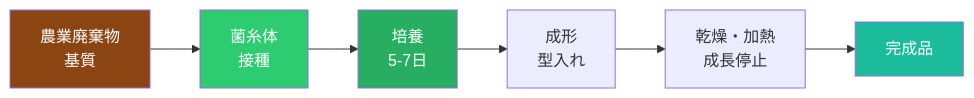
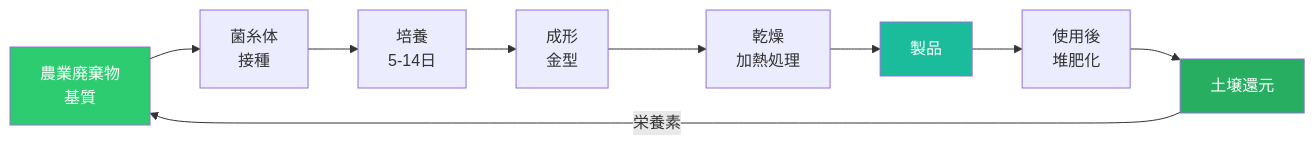
One commit to Hide-nu/Designer-curriculum changed the second of 3 diagrams in docs/books/06-sustainable-design/ch03-bio-design.md. Above: the diagram before and after it, drawn with Mermaid. The commit also changed other lines of this file and 13 other files, not shown here.

````diff
--- a/docs/books/06-sustainable-design/ch03-bio-design.md
+++ b/docs/books/06-sustainable-design/ch03-bio-design.md
@@ -68,13 +66,15 @@
 ```mermaid
 graph LR
     A[農業廃棄物<br/>基質] --> B[菌糸体<br/>接種]
-    B --> C[培養<br/>5-7日]
-    C --> D[成形<br/>型入れ]
-    D --> E[乾燥・加熱<br/>成長停止]
-    E --> F[完成品]
+    B --> C[培養<br/>5-14日]
+    C --> D[成形<br/>金型]
+    D --> E[乾燥<br/>加熱処理]
+    E --> F[製品]
+    F --> G[使用後<br/>堆肥化]
+    G --> H[土壌還元]
+    H -->|栄養素| A
 
-    style A fill:#8B4513,color:#fff
-    style B fill:#2ECC71,color:#fff
-    style C fill:#27AE60,color:#fff
+    style A fill:#2ECC71,color:#fff
     style F fill:#1ABC9C,color:#fff
+    style H fill:#27AE60,color:#fff
 ```
````
